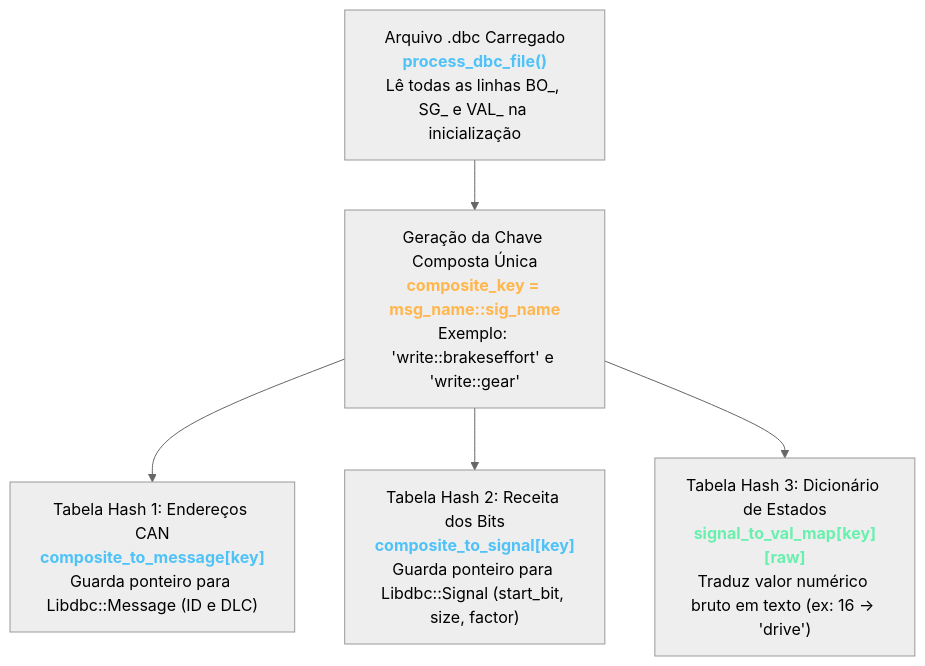
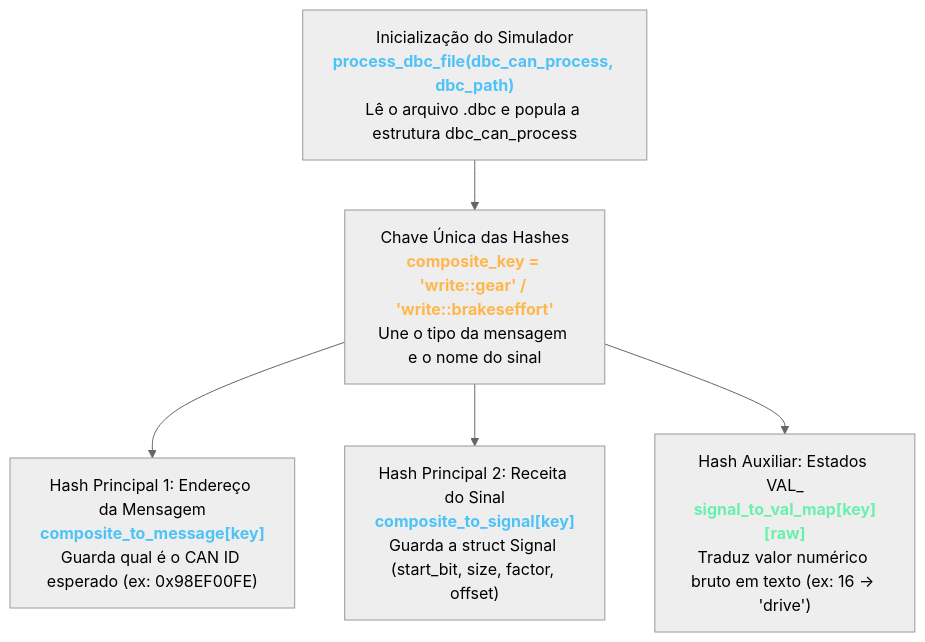
The first of 2 diagrams in README.md (BrenoCSilva/lume), drawn with Mermaid (neutral theme) before and after one commit. The commit also changed other lines of this file, not shown here.

````diff
--- a/README.md
+++ b/README.md
@@ -66,10 +125,10 @@
 ```mermaid
 flowchart TD
-    DBC["Arquivo .dbc Carregado<br/><b style='color:#4fc3f7'>process_dbc_file()</b><br/>Lê todas as linhas BO_, SG_ e VAL_ na inicialização"]
+    DBC["Inicialização do Simulador<br/><b style='color:#4fc3f7'>process_dbc_file(dbc_can_process, dbc_path)</b><br/>Lê o arquivo .dbc e popula a estrutura dbc_can_process"]
 
-    DBC --> KEY["Geração da Chave Composta Única<br/><b style='color:#ffb74d'>composite_key = msg_name::sig_name</b><br/>Exemplo: 'write::brakeseffort' e 'write::gear'"]
+    DBC --> KEY["Chave Única das Hashes<br/><b style='color:#ffb74d'>composite_key = 'write::gear' / 'write::brakeseffort'</b><br/>Une o tipo da mensagem e o nome do sinal"]
 
-    KEY --> H1["Tabela Hash 1: Endereços CAN<br/><b style='color:#4fc3f7'>composite_to_message[key]</b><br/>Guarda ponteiro para Libdbc::Message (ID e DLC)"]
-    KEY --> H2["Tabela Hash 2: Receita dos Bits<br/><b style='color:#4fc3f7'>composite_to_signal[key]</b><br/>Guarda ponteiro para Libdbc::Signal (start_bit, size, factor)"]
-    KEY --> H3["Tabela Hash 3: Dicionário de Estados<br/><b style='color:#69f0ae'>signal_to_val_map[key][raw]</b><br/>Traduz valor numérico bruto em texto (ex: 16 -> 'drive')"]
+    KEY --> H1["Hash Principal 1: Endereço da Mensagem<br/><b style='color:#4fc3f7'>composite_to_message[key]</b><br/>Guarda qual é o CAN ID esperado (ex: 0x98EF00FE)"]
+    KEY --> H2["Hash Principal 2: Receita do Sinal<br/><b style='color:#4fc3f7'>composite_to_signal[key]</b><br/>Guarda a struct Signal (start_bit, size, factor, offset)"]
+    KEY --> H3["Hash Auxiliar: Estados VAL_<br/><b style='color:#69f0ae'>signal_to_val_map[key][raw]</b><br/>Traduz valor numérico bruto em texto (ex: 16 -> 'drive')"]
 ```
````
